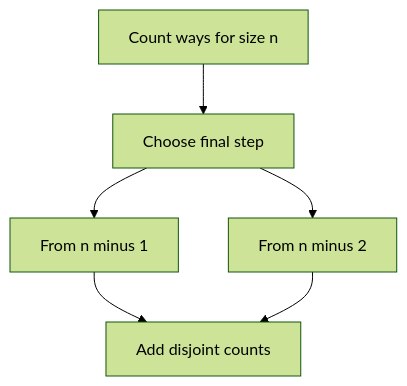
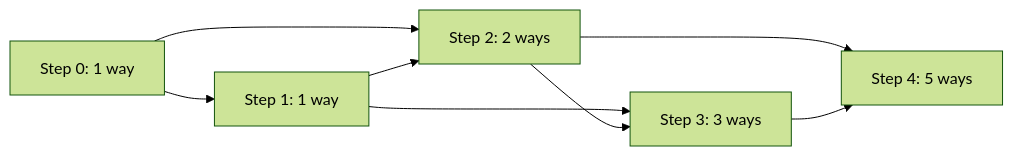
The diagram in DSA/DP/DP_Mathematics_Master_Guide_Illustrated/Theory/Chapter-01.md (gaurav1kr/Miscellaneous), drawn with Mermaid (forest theme) before and after one commit. The commit also changed other lines of this file and 320 other files, not shown here.

````diff
--- a/DSA/DP/DP_Mathematics_Master_Guide_Illustrated/Theory/Chapter-01.md
+++ b/DSA/DP/DP_Mathematics_Master_Guide_Illustrated/Theory/Chapter-01.md
@@ -17,8 +25,10 @@
 ```mermaid
-flowchart TD
- A["Count ways for size n"] --> B["Choose final step"]
- B --> C["From n minus 1"]
- B --> D["From n minus 2"]
- C --> E["Add disjoint counts"]
+flowchart LR
+ A["Step 0: 1 way"] --> B["Step 1: 1 way"]
+ A --> C["Step 2: 2 ways"]
+ B --> C
+ B --> D["Step 3: 3 ways"]
+ C --> D
+ C --> E["Step 4: 5 ways"]
  D --> E
 ```
````
